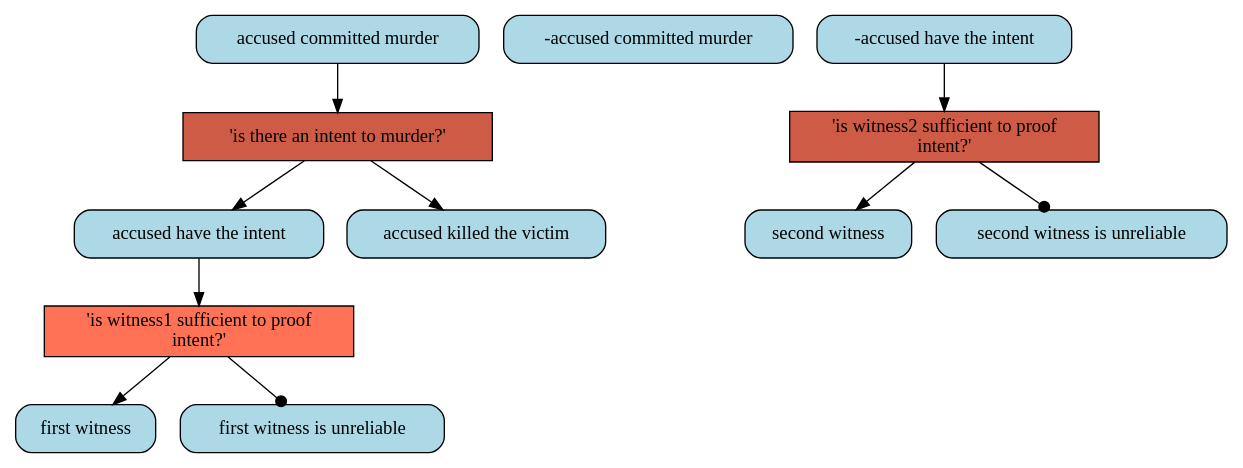
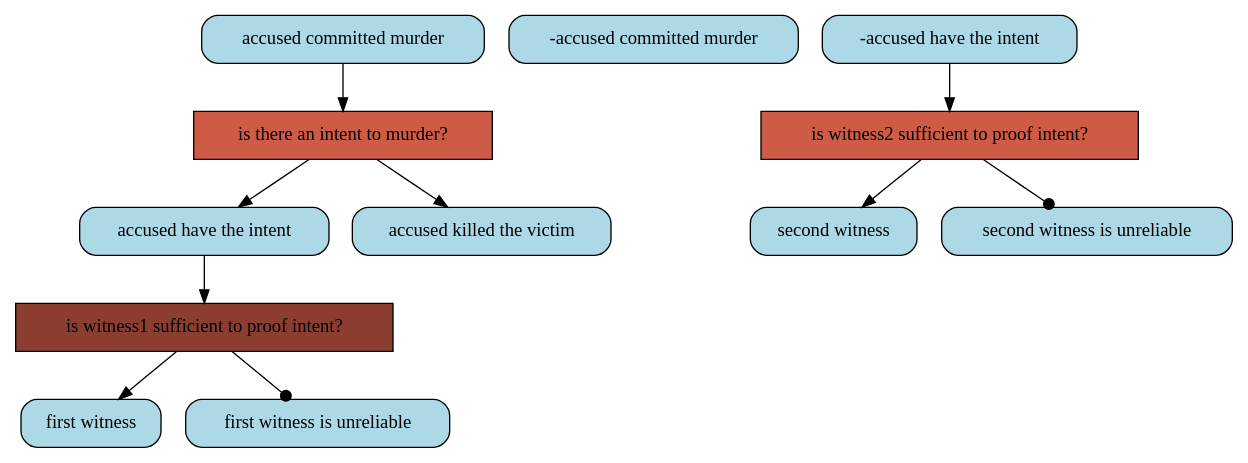
Before and after one commit to goweiting/carneades-ext: the diagram in system/dot/example/full.dot, drawn with Graphviz. The commit also changed 8 other files, not shown here.

```diff
--- a/system/dot/example/full.dot
+++ b/system/dot/example/full.dot
@@ -1,23 +1,23 @@
 digraph G{ 
-"'is there an intent to murder?'" [color="black", fillcolor="coral3",fixedsize=false, shape=box, style="filled"]; 
+"is there an intent to murder?" [color="black", fillcolor="coral3",fixedsize=false, shape=box, style="filled"]; 
 "accused committed murder" [color="black", fillcolor="lightblue", fixedsize=false,  shape="box", style="rounded,filled"]; 
 "-accused committed murder" [color="black", fillcolor="lightblue", fixedsize=false,  shape="box", style="rounded,filled"]; 
 "accused have the intent" [color="black", fillcolor="lightblue", fixedsize=false,  shape="box", style="rounded,filled"]; 
 "accused killed the victim" [color="black", fillcolor="lightblue", fixedsize=false,  shape="box", style="rounded,filled"]; 
-"'is witness1 sufficient to proof\nintent?'" [color="black", fillcolor="coral1",fixedsize=false, shape=box, style="filled"]; 
+"is witness1 sufficient to proof intent?" [color="black", fillcolor="coral4",fixedsize=false, shape=box, style="filled"]; 
 "-accused have the intent" [color="black", fillcolor="lightblue", fixedsize=false,  shape="box", style="rounded,filled"]; 
 "first witness" [color="black", fillcolor="lightblue", fixedsize=false,  shape="box", style="rounded,filled"]; 
 "first witness is unreliable" [color="black", fillcolor="lightblue", fixedsize=false,  shape="box", style="rounded,filled"]; 
-"'is witness2 sufficient to proof\nintent?'" [color="black", fillcolor="coral3",fixedsize=false, shape=box, style="filled"]; 
+"is witness2 sufficient to proof intent?" [color="black", fillcolor="coral3",fixedsize=false, shape=box, style="filled"]; 
 "second witness" [color="black", fillcolor="lightblue", fixedsize=false,  shape="box", style="rounded,filled"]; 
 "second witness is unreliable" [color="black", fillcolor="lightblue", fixedsize=false,  shape="box", style="rounded,filled"]; 
-"accused committed murder" -> "'is there an intent to murder?'" ; 
-"'is there an intent to murder?'" -> "accused have the intent" ; 
-"'is there an intent to murder?'" -> "accused killed the victim" ; 
-"accused have the intent" -> "'is witness1 sufficient to proof\nintent?'" ; 
-"'is witness1 sufficient to proof\nintent?'" -> "first witness" ; 
-"'is witness1 sufficient to proof\nintent?'" -> "first witness is unreliable" [arrowhead=dot] ; 
-"-accused have the intent" -> "'is witness2 sufficient to proof\nintent?'" ; 
-"'is witness2 sufficient to proof\nintent?'" -> "second witness" ; 
-"'is witness2 sufficient to proof\nintent?'" -> "second witness is unreliable" [arrowhead=dot] ; 
+"accused committed murder" -> "is there an intent to murder?" ; 
+"is there an intent to murder?" -> "accused have the intent" ; 
+"is there an intent to murder?" -> "accused killed the victim" ; 
+"accused have the intent" -> "is witness1 sufficient to proof intent?" ; 
+"is witness1 sufficient to proof intent?" -> "first witness" ; 
+"is witness1 sufficient to proof intent?" -> "first witness is unreliable" [arrowhead=dot] ; 
+"-accused have the intent" -> "is witness2 sufficient to proof intent?" ; 
+"is witness2 sufficient to proof intent?" -> "second witness" ; 
+"is witness2 sufficient to proof intent?" -> "second witness is unreliable" [arrowhead=dot] ; 
 }
```
